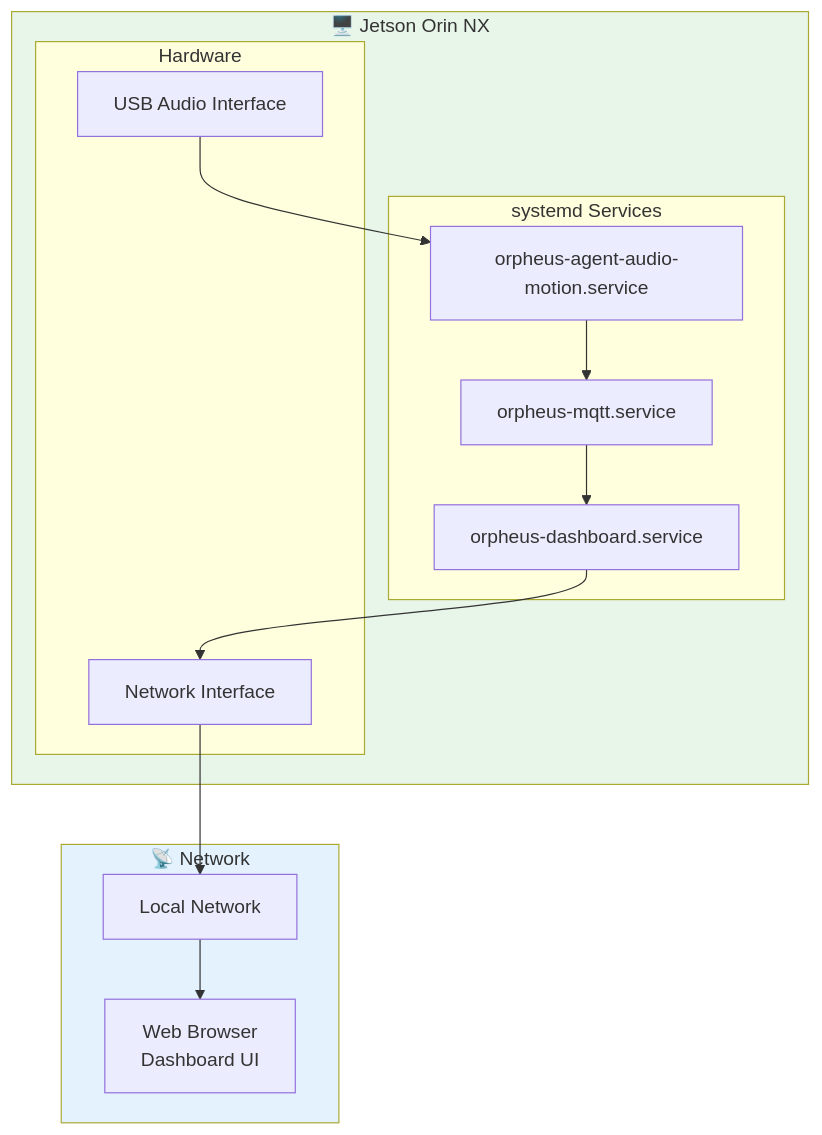
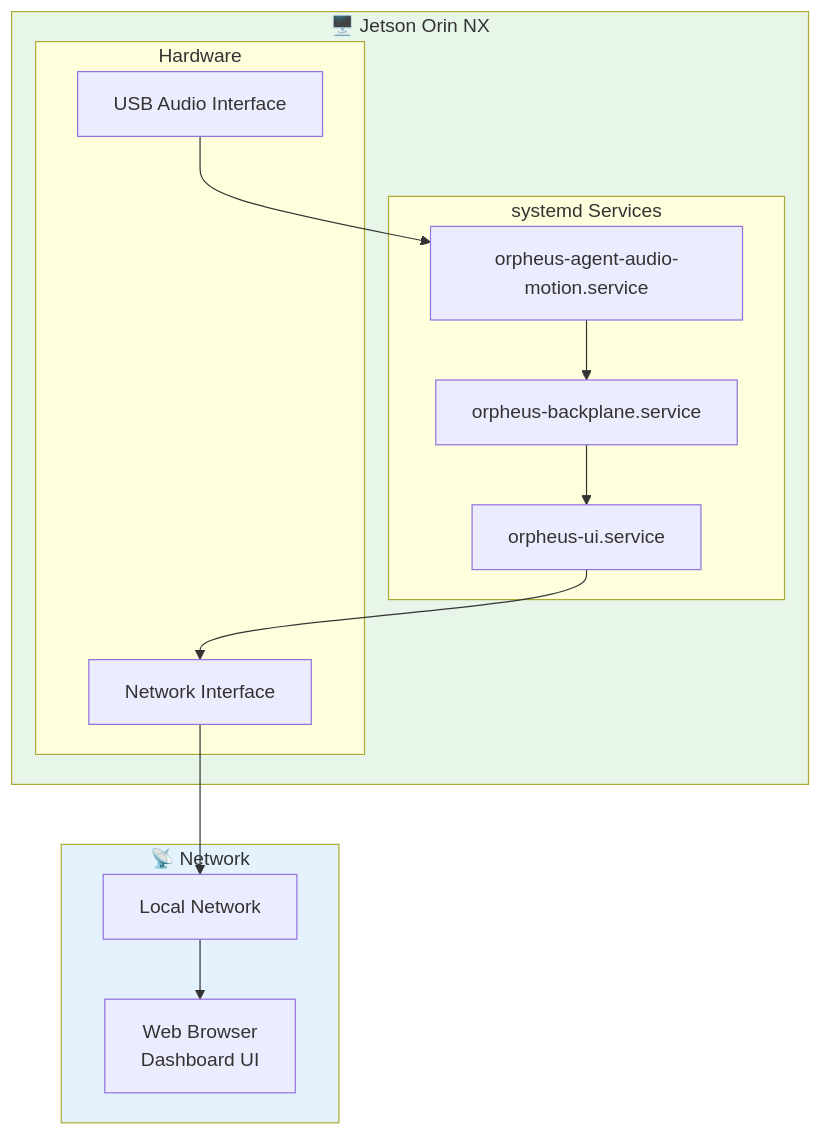
Before and after one commit to scottchronicity/orpheus: the eighth of 10 diagrams in docs/ARCHITECTURE.md, drawn with Mermaid. The commit also changed other lines of this file and 624 other files, not shown here.

````diff
--- a/docs/ARCHITECTURE.md
+++ b/docs/ARCHITECTURE.md
@@ -285,30 +319,30 @@
 ```mermaid
 graph TB
     subgraph Jetson["🖥️ Jetson Orin NX"]
         subgraph Systemd["systemd Services"]
-            S1[orpheus-mqtt.service]
-            S2[orpheus-dashboard.service]
+            S1[orpheus-backplane.service]
+            S2[orpheus-ui.service]
             S3[orpheus-agent-audio-motion.service]
         end
         
         subgraph Hardware["Hardware"]
             USB[USB Audio Interface]
             NET[Network Interface]
         end
     end
 
     subgraph Network["📡 Network"]
         LAN[Local Network]
         BROWSER[Web Browser<br/>Dashboard UI]
     end
 
     USB --> S3
     S3 --> S1
     S1 --> S2
     S2 --> NET
     NET --> LAN
     LAN --> BROWSER
 
     style Jetson fill:#e8f5e9
     style Network fill:#e3f2fd
 ```
````
